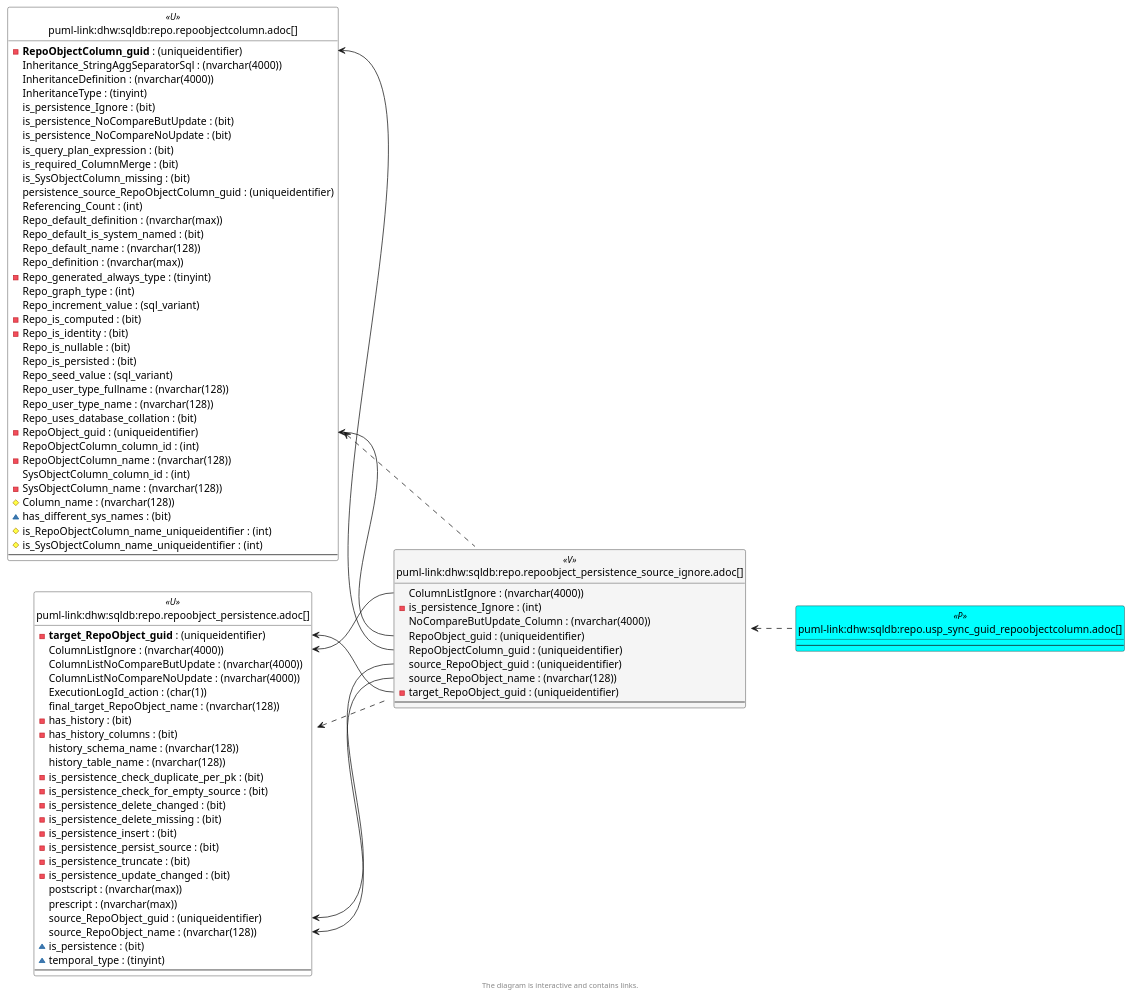
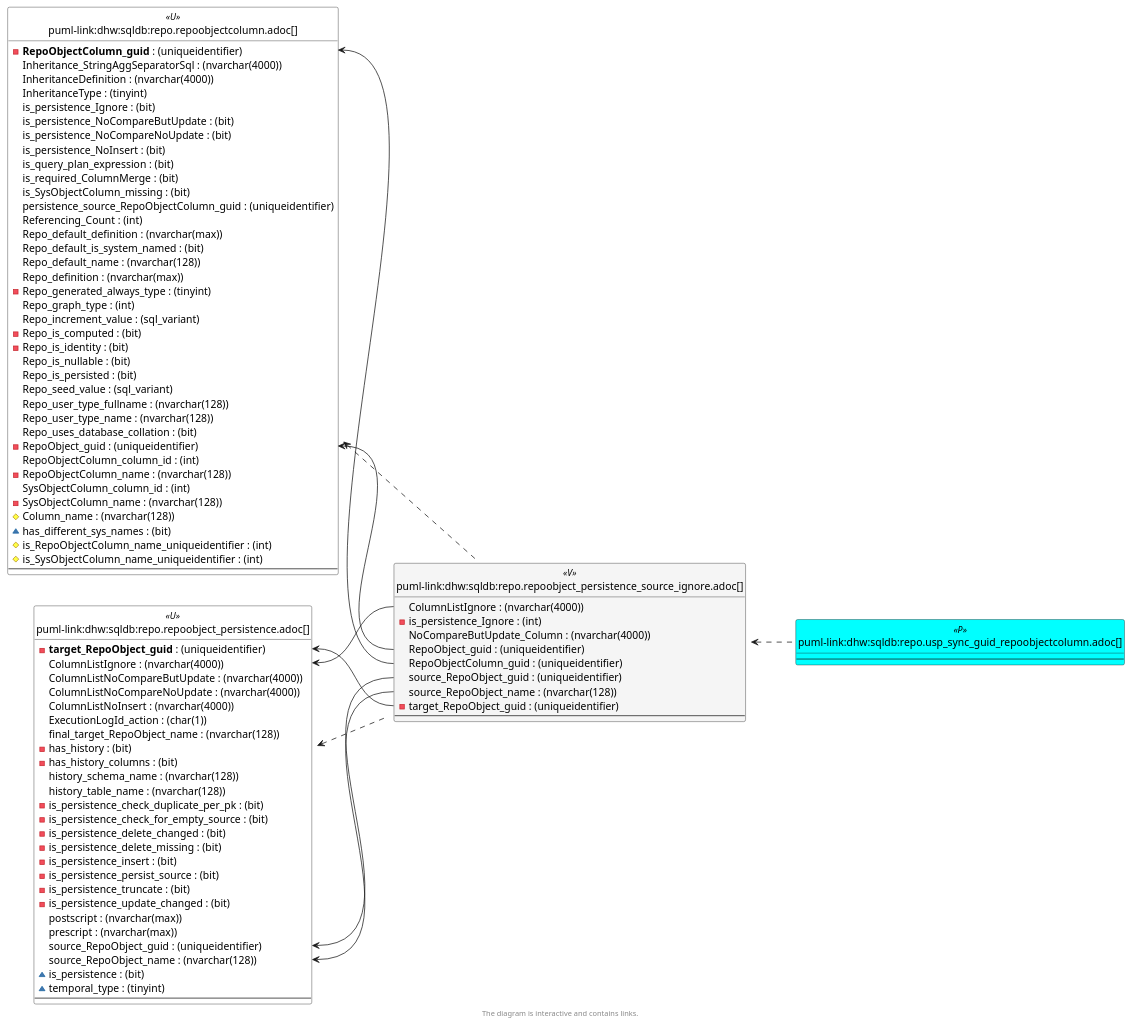
The sixth of 6 diagrams in docs/modules/sqldb/partials/content/repo.repoobject_persistence_source_ignore.adoc (DataHandwerk/dhw-antora-sqldb), drawn with PlantUML before and after one commit. The commit also changed 701 other files, not shown here.

```diff
--- a/docs/modules/sqldb/partials/content/repo.repoobject_persistence_source_ignore.adoc
+++ b/docs/modules/sqldb/partials/content/repo.repoobject_persistence_source_ignore.adoc
@@ -1353,6 +1353,7 @@
   ColumnListIgnore : (nvarchar(4000))
   ColumnListNoCompareButUpdate : (nvarchar(4000))
   ColumnListNoCompareNoUpdate : (nvarchar(4000))
+  ColumnListNoInsert : (nvarchar(4000))
   ExecutionLogId_action : (char(1))
   final_target_RepoObject_name : (nvarchar(128))
   - has_history : (bit)
@@ -1396,6 +1397,7 @@
   is_persistence_Ignore : (bit)
   is_persistence_NoCompareButUpdate : (bit)
   is_persistence_NoCompareNoUpdate : (bit)
+  is_persistence_NoInsert : (bit)
   is_query_plan_expression : (bit)
   is_required_ColumnMerge : (bit)
   is_SysObjectColumn_missing : (bit)
```
